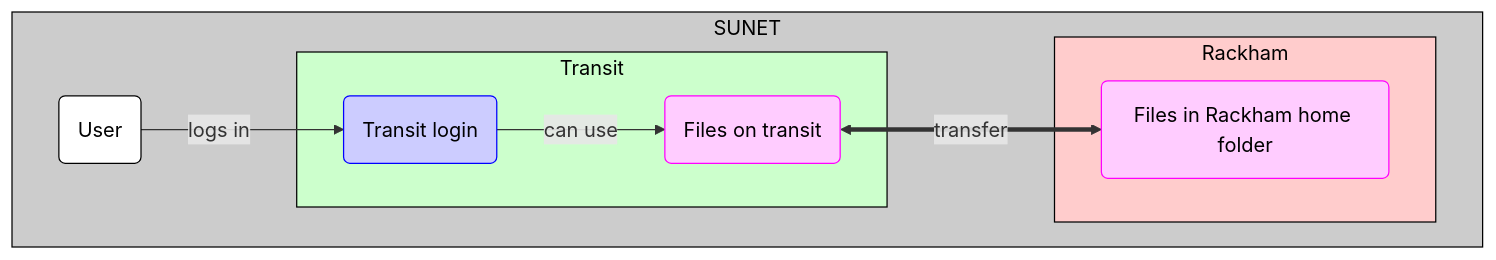
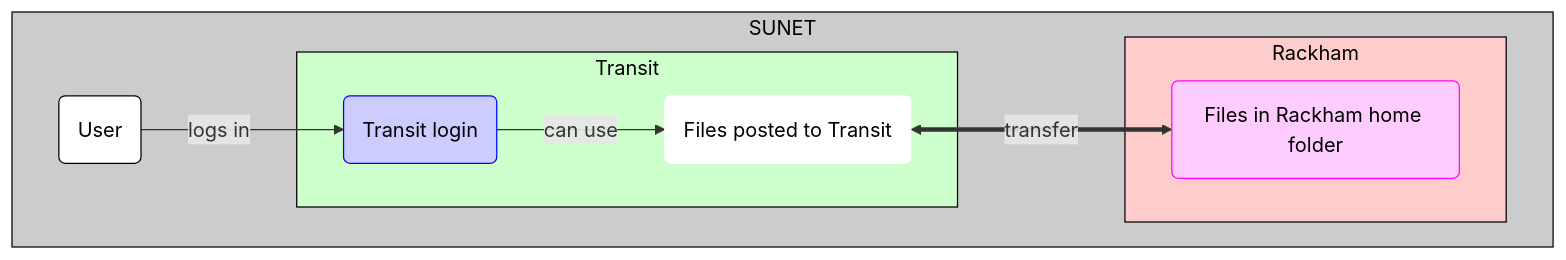
The diagram in docs/cluster_guides/rackham_file_transfer_using_transit.md (UPPMAX/UPPMAX-documentation), drawn with Mermaid before and after one commit. The commit also changed 3 other files, not shown here.

````diff
--- a/docs/cluster_guides/rackham_file_transfer_using_transit.md
+++ b/docs/cluster_guides/rackham_file_transfer_using_transit.md
@@ -271,35 +271,36 @@
 ```mermaid
 flowchart TD
 
     %% Give a white background to all nodes, instead of a transparent one
     classDef node fill:#fff,color:#000,stroke:#000
 
     %% Graph nodes for files and calculations
     classDef file_node fill:#fcf,color:#000,stroke:#f0f
     classDef calculation_node fill:#ccf,color:#000,stroke:#00f
+    classDef transit_node fill:#fff,color:#000,stroke:#fff
 
     subgraph sub_inside[SUNET]
       direction LR
       user(User)
       subgraph sub_transit_env[Transit]
         transit_login(Transit login):::calculation_node
-        files_on_transit(Files on transit):::file_node
+        files_on_transit(Files posted to Transit):::transit_node
       end
       subgraph sub_rackham_shared_env[Rackham]
           files_in_rackham_home(Files in Rackham home folder):::file_node
       end
     end
 
     %% Shared subgraph color scheme
     %% style sub_outside fill:#ccc,color:#000,stroke:#ccc
     style sub_inside fill:#ccc,color:#000,stroke:#000
     style sub_transit_env fill:#cfc,color:#000,stroke:#000
     style sub_rackham_shared_env fill:#fcc,color:#000,stroke:#000
 
     user --> |logs in |transit_login
 
     transit_login --> |can use|files_on_transit
     %% user_local_files <--> |graphical tool|files_in_rackham_home
     %% user_local_files <--> |SCP|files_in_rackham_home
     files_on_transit <==> |transfer|files_in_rackham_home
 ```
````
